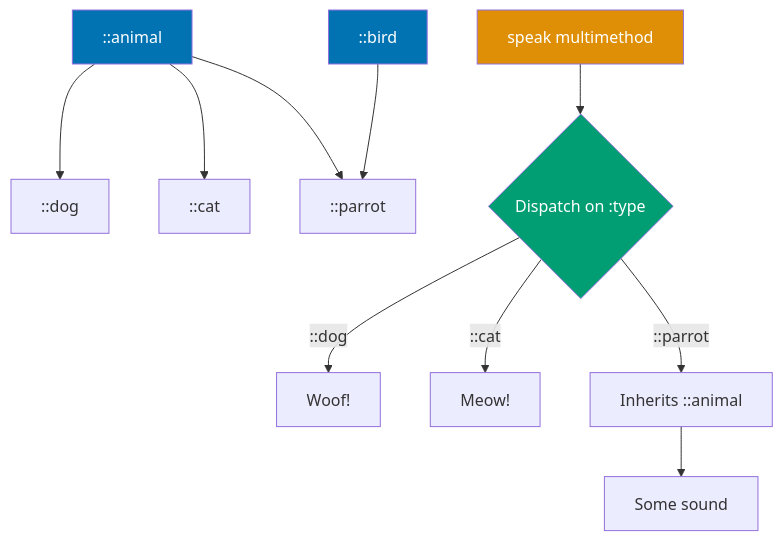
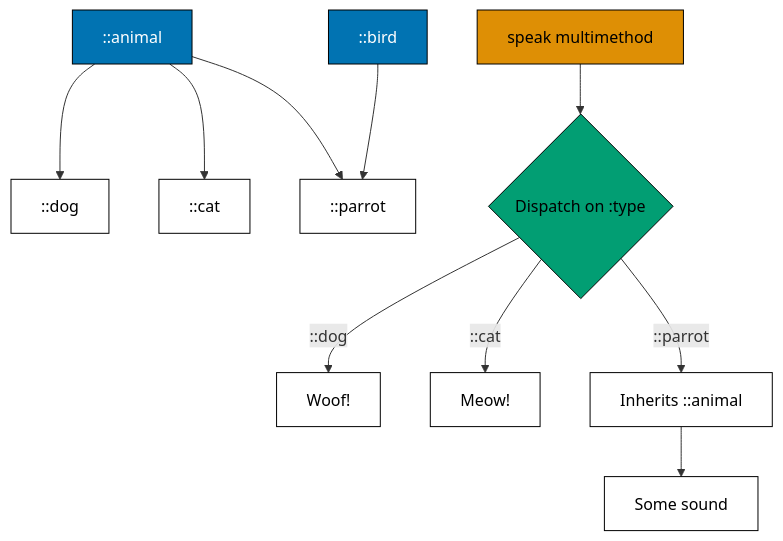
One commit to wahidyankf/ose-public changed the seventh of 13 diagrams in apps/ayokoding-www/content/en/learn/legacy/software-engineering/programming-languages/clojure/by-example/advanced.md. Above: the diagram before and after it, drawn with Mermaid. The commit also changed other lines of this file and 112 other files, not shown here.

First line of the commit message:
fix(mermaid): bring the legacy programming-languages diagrams onto the accessible palette

````diff
--- a/apps/ayokoding-www/content/en/learn/legacy/software-engineering/programming-languages/clojure/by-example/advanced.md
+++ b/apps/ayokoding-www/content/en/learn/legacy/software-engineering/programming-languages/clojure/by-example/advanced.md
@@ -503,19 +539,25 @@
 ```mermaid
 %% Type hierarchy for multimethods
 graph TD
+    accTitle: Example 62: Multimethods with Hierarchies
+    accDescr: Graph with 11 nodes and 9 connections. Nodes: ::animal, ::dog, ::cat, ::parrot, ::bird, speak multimethod, Dispatch on :type, Woof!, Meow!, Inherits ::animal, Some sound. Connections: ::animal to ::dog, ::animal to ::cat, ::animal to ::parrot, ::bird to ::parrot, speak multimethod to Dispatch on :type, Dispatch on :type to Woof! (::dog), Dispatch on :type to Meow! (::cat), Dispatch on :type to Inherits ::animal (::parrot), Inherits ::animal to Some sound.
     A[::animal] --> B[::dog]
     A --> C[::cat]
     A --> D[::parrot]
     E[::bird] --> D
 
     F[speak multimethod] --> G{Dispatch on :type}
     G -->|::dog| H[Woof!]
     G -->|::cat| I[Meow!]
     G -->|::parrot| J[Inherits ::animal]
     J --> K[Some sound]
 
-    style A fill:#0173B2,color:#fff
-    style E fill:#0173B2,color:#fff
-    style F fill:#DE8F05,color:#fff
-    style G fill:#029E73,color:#fff
+    classDef pal-0173B2 fill:#0173B2,stroke:#000000,color:#FFFFFF
+    class A pal-0173B2
+    class E pal-0173B2
+    classDef pal-DE8F05 fill:#DE8F05,stroke:#000000,color:#000000
+    class F pal-DE8F05
+    classDef pal-029E73 fill:#029E73,stroke:#000000,color:#000000
+    class G pal-029E73
+    classDef default fill:#FFFFFF,stroke:#000000,color:#000000
 ```
````
